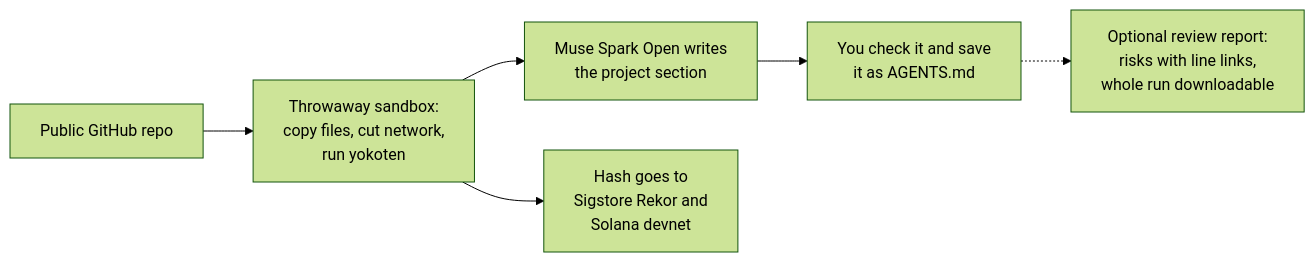
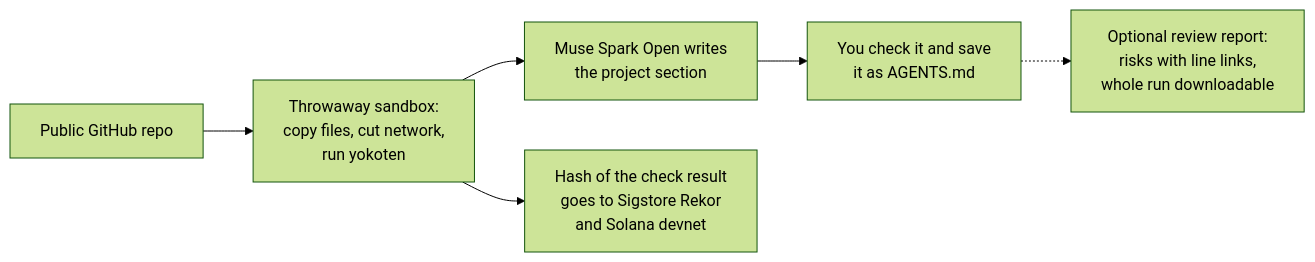
The diagram in README.md (coo1white/yokoten-doctor), drawn with Mermaid (forest theme) before and after one commit. The commit also changed other lines of this file and 1 other file, not shown here.

First line of the commit message:
docs: say exactly what the public record holds (#146)

````diff
--- a/README.md
+++ b/README.md
@@ -47,8 +47,8 @@
 ```mermaid
 flowchart LR
   repo["Public GitHub repo"] --> sandbox["Throwaway sandbox:<br/>copy files, cut network,<br/>run yokoten"]
   sandbox --> muse["Muse Spark Open writes<br/>the project section"]
   muse --> you["You check it and save<br/>it as AGENTS.md"]
-  sandbox --> record["Hash goes to<br/>Sigstore Rekor and<br/>Solana devnet"]
+  sandbox --> record["Hash of the check result<br/>goes to Sigstore Rekor<br/>and Solana devnet"]
   you -.-> report["Optional review report:<br/>risks with line links,<br/>whole run downloadable"]
 ```
````
